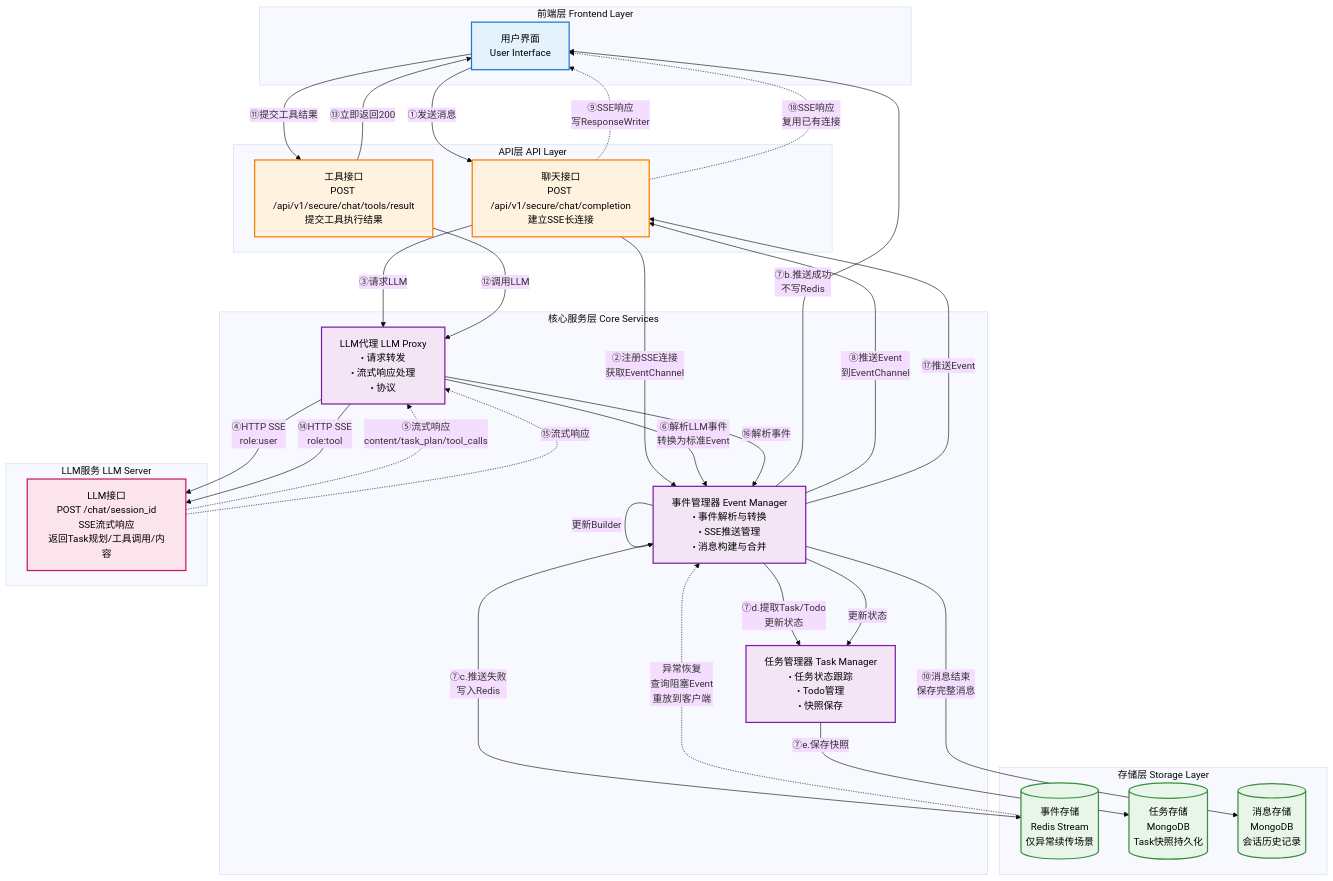
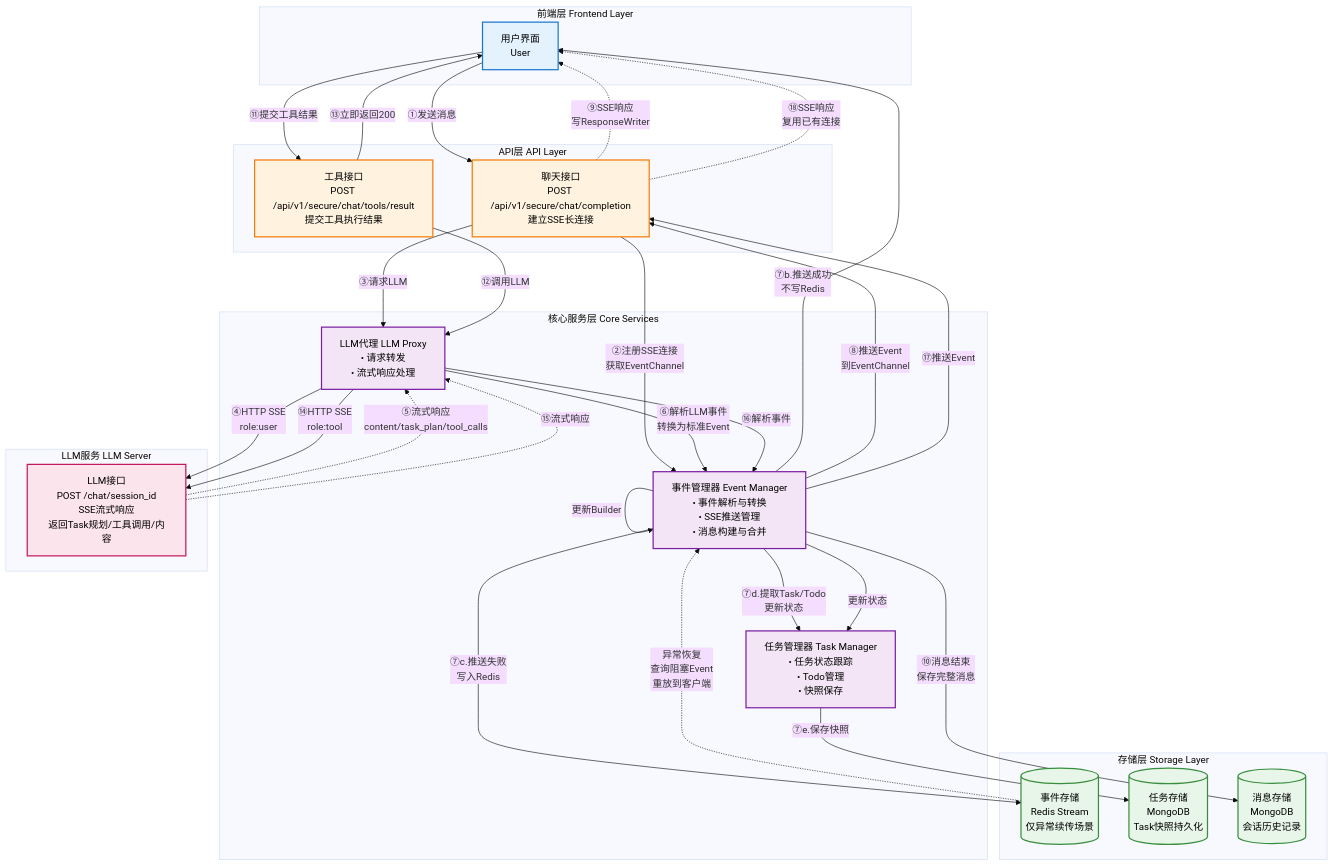
Before and after one commit to yingjianzh/iodraw-files: the diagram in all/未命名-10.md, drawn with Mermaid (base theme).

Commit message:
2025-12-25 14:20:05 update

````diff
--- a/all/未命名-10.md
+++ b/all/未命名-10.md
@@ -1,82 +1,82 @@
 ```mermaid
 graph TB
     %% ========== 前端层 ==========
     subgraph Frontend["前端层 Frontend Layer"]
-        UI[用户界面<br/>User Interface]
+        UI[用户界面<br/>User]
     end
     
     %% ========== API层 ==========
     subgraph APILayer["API层 API Layer"]
         ChatAPI["聊天接口<br/>POST /api/v1/secure/chat/completion<br/>建立SSE长连接"]
         ToolAPI["工具接口<br/>POST /api/v1/secure/chat/tools/result<br/>提交工具执行结果"]
     end
     
     %% ========== 核心服务层 ==========
     subgraph CoreServices["核心服务层 Core Services"]
         EventMgr["事件管理器 Event Manager<br/>• 事件解析与转换<br/>• SSE推送管理<br/>• 消息构建与合并"]
         TaskMgr["任务管理器 Task Manager<br/>• 任务状态跟踪<br/>• Todo管理<br/>• 快照保存"]
-        LLMProxy["LLM代理 LLM Proxy<br/>• 请求转发<br/>• 流式响应处理<br/>• 协议"]
+        LLMProxy["LLM代理 LLM Proxy<br/>• 请求转发<br/>• 流式响应处理"]
     end
     
     %% ========== 存储层 ==========
     subgraph StorageLayer["存储层 Storage Layer"]
         EventStore[("事件存储<br/>Redis Stream<br/>仅异常续传场景")]
         TaskStore[("任务存储<br/>MongoDB<br/>Task快照持久化")]
         MessageStore[("消息存储<br/>MongoDB<br/>会话历史记录")]
     end
     
     %% ========== LLM服务 ==========
     subgraph LLMService["LLM服务 LLM Server"]
         LLMAPI["LLM接口<br/>POST /chat/session_id<br/>SSE流式响应<br/>返回Task规划/工具调用/内容"]
     end
     
     %% ========== 主流程：用户消息 ==========
     UI -->|"①发送消息"| ChatAPI
     ChatAPI -->|"②注册SSE连接<br/>获取EventChannel"| EventMgr
     ChatAPI -->|"③请求LLM"| LLMProxy
     
     LLMProxy -->|"④HTTP SSE<br/>role:user"| LLMAPI
     LLMAPI -.->|"⑤流式响应<br/>content/task_plan/tool_calls"| LLMProxy
     
     LLMProxy -->|"⑥解析LLM事件<br/>转换为标准Event"| EventMgr
     
     EventMgr -->|"⑦a.更新MessageBuilder<br/>边推送边合并"| EventMgr
     EventMgr -->|"⑦b.推送成功<br/>不写Redis"| UI
     EventMgr -->|"⑦c.推送失败<br/>写入Redis"| EventStore
     EventMgr -->|"⑦d.提取Task/Todo<br/>更新状态"| TaskMgr
     
     TaskMgr -->|"⑦e.保存快照"| TaskStore
     EventMgr -->|"⑧推送Event<br/>到EventChannel"| ChatAPI
     ChatAPI -.->|"⑨SSE响应<br/>写ResponseWriter"| UI
     EventMgr -->|"⑩消息结束<br/>保存完整消息"| MessageStore
     
     %% ========== 工具调用流程 ==========
     UI -->|"⑪提交工具结果"| ToolAPI
     ToolAPI -->|"⑫调用LLM"| LLMProxy
     ToolAPI -->|"⑬立即返回200"| UI
     
     LLMProxy -->|"⑭HTTP SSE<br/>role:tool"| LLMAPI
     LLMAPI -.->|"⑮流式响应"| LLMProxy
     
     LLMProxy -->|"⑯解析事件"| EventMgr
     EventMgr -->|"更新Builder"| EventMgr
     EventMgr -->|"更新状态"| TaskMgr
     EventMgr -->|"⑰推送Event"| ChatAPI
     ChatAPI -.->|"⑱SSE响应<br/>复用已有连接"| UI
     
     %% ========== 异常续传 ==========
     EventStore -.->|"异常恢复<br/>查询阻塞Event<br/>重放到客户端"| EventMgr
     
     %% ========== 样式定义 ==========
     classDef frontendStyle fill:#E3F2FD,stroke:#1976D2,stroke-width:2px,color:#000
     classDef apiStyle fill:#FFF3E0,stroke:#F57C00,stroke-width:2px,color:#000
     classDef serviceStyle fill:#F3E5F5,stroke:#7B1FA2,stroke-width:2px,color:#000
     classDef storageStyle fill:#E8F5E9,stroke:#388E3C,stroke-width:2px,color:#000
     classDef llmStyle fill:#FCE4EC,stroke:#C2185B,stroke-width:2px,color:#000
     
     class UI frontendStyle
     class ChatAPI,ToolAPI apiStyle
     class EventMgr,TaskMgr,LLMProxy serviceStyle
     class EventStore,TaskStore,MessageStore storageStyle
     class LLMAPI llmStyle
 ```
````
